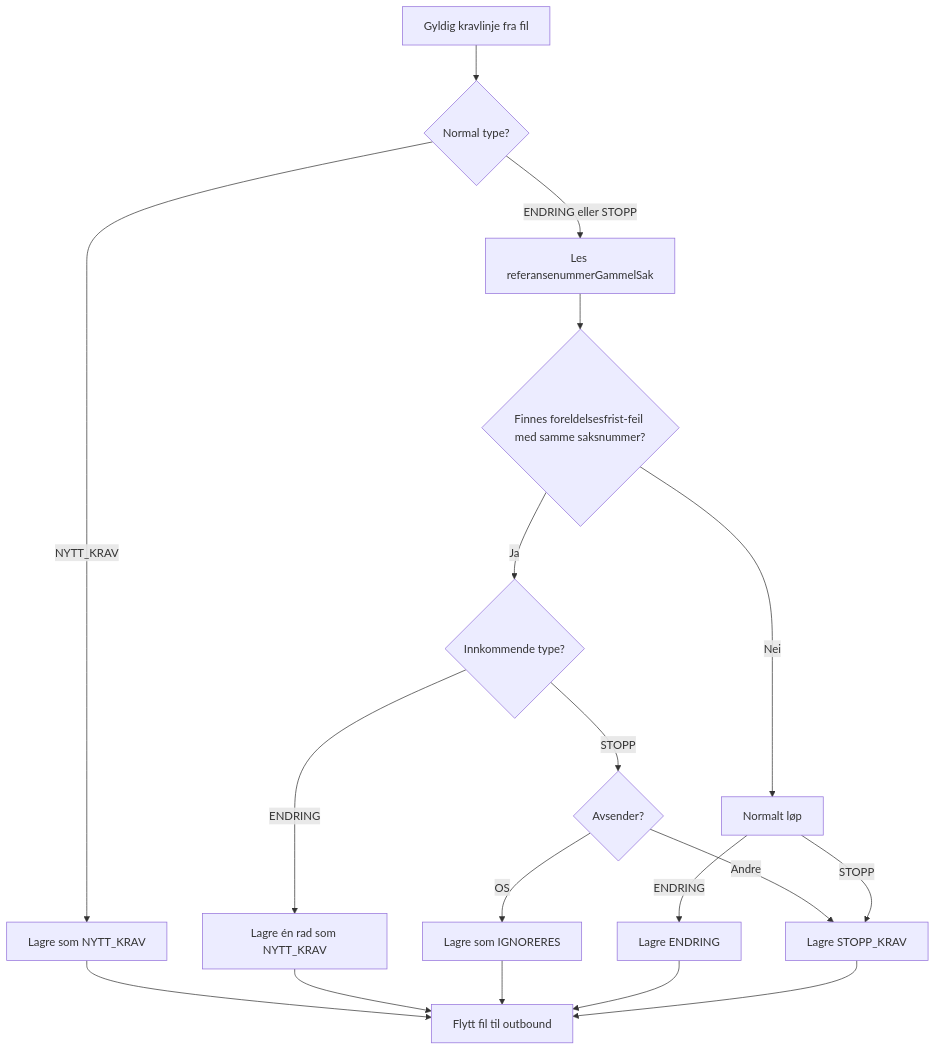
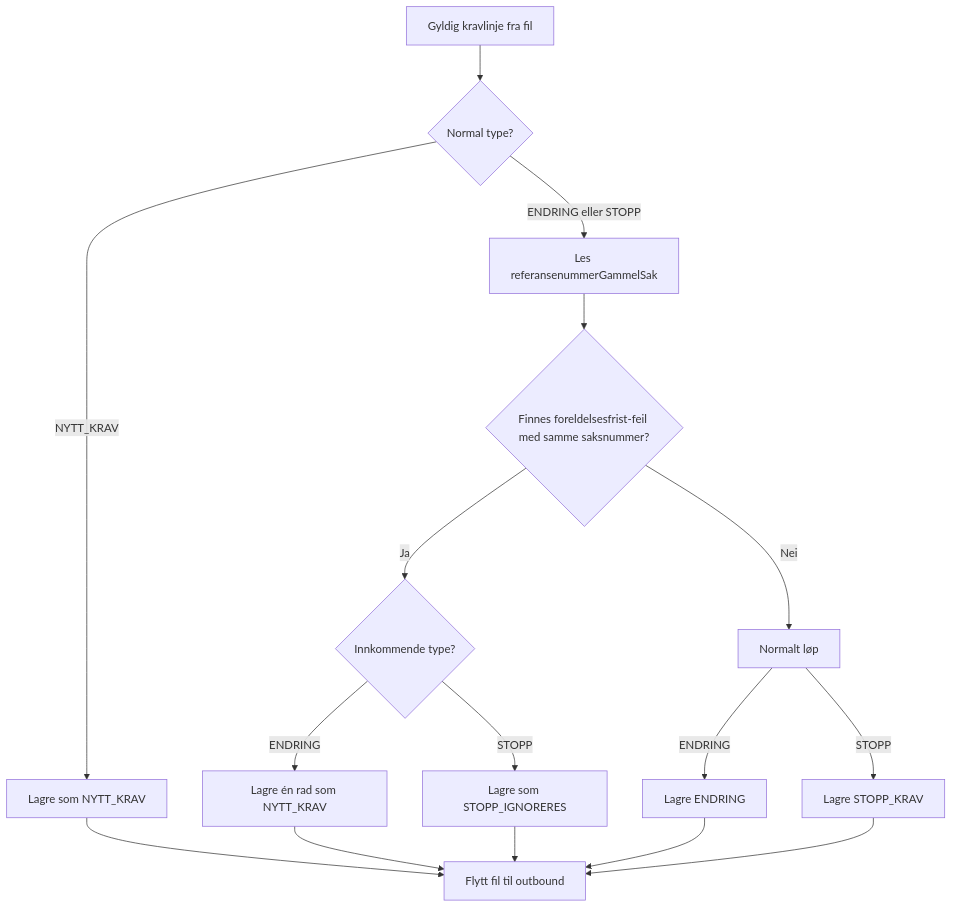
Before and after one commit to navikt/sokos-ske-krav: the first of 2 diagrams in dokumentasjon/Oppryddingsspor_foreldelsesfrist.md, drawn with Mermaid. The commit also changed other lines of this file and 6 other files, not shown here.

Commit message:
USOT-59 Fjernet `avsender` som kriterium for STOPP-IGNORERES og oppdaterte dokumentasjon og tester

````diff
--- a/dokumentasjon/Oppryddingsspor_foreldelsesfrist.md
+++ b/dokumentasjon/Oppryddingsspor_foreldelsesfrist.md
@@ -23,20 +25,18 @@
 ```mermaid
 flowchart TD
     A[Gyldig kravlinje fra fil] --> B{Normal type?}
     B -->|NYTT_KRAV| N[Lagre som NYTT_KRAV]
     B -->|ENDRING eller STOPP| C[Les referansenummerGammelSak]
     C --> D{Finnes foreldelsesfrist-feil med samme saksnummer?}
     D -->|Nei| E[Normalt løp]
     D -->|Ja| G{Innkommende type?}
     G -->|ENDRING| H[Lagre én rad som NYTT_KRAV]
-    G -->|STOPP| M{Avsender?}
-    M -->|OS| I[Lagre som IGNORERES]
-    M -->|Andre| K[Lagre STOPP_KRAV]
+    G -->|STOPP| I[Lagre som STOPP_IGNORERES]
     E -->|ENDRING| J[Lagre ENDRING]
     E -->|STOPP| K[Lagre STOPP_KRAV]
     N --> L[Flytt fil til outbound]
     H --> L
     I --> L
     J --> L
     K --> L
 ```
````
